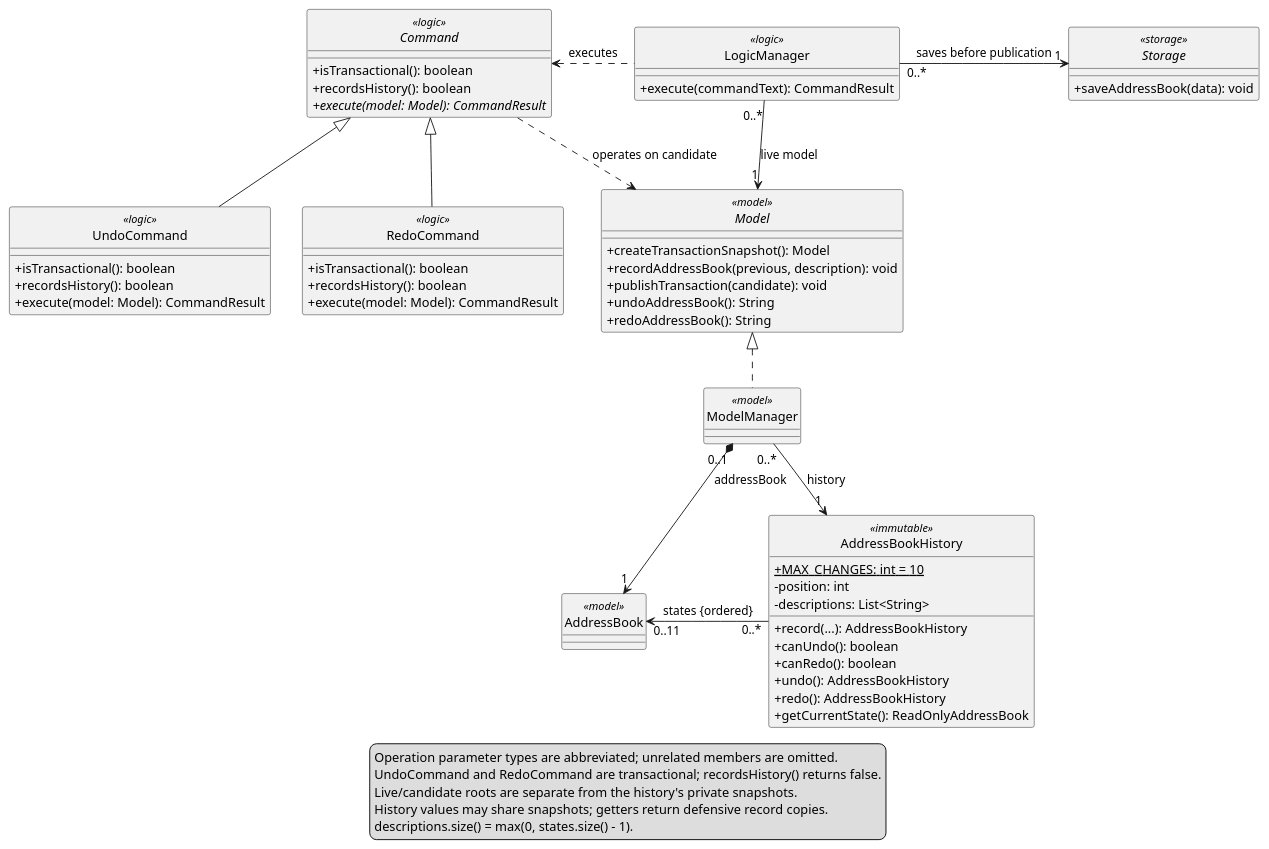
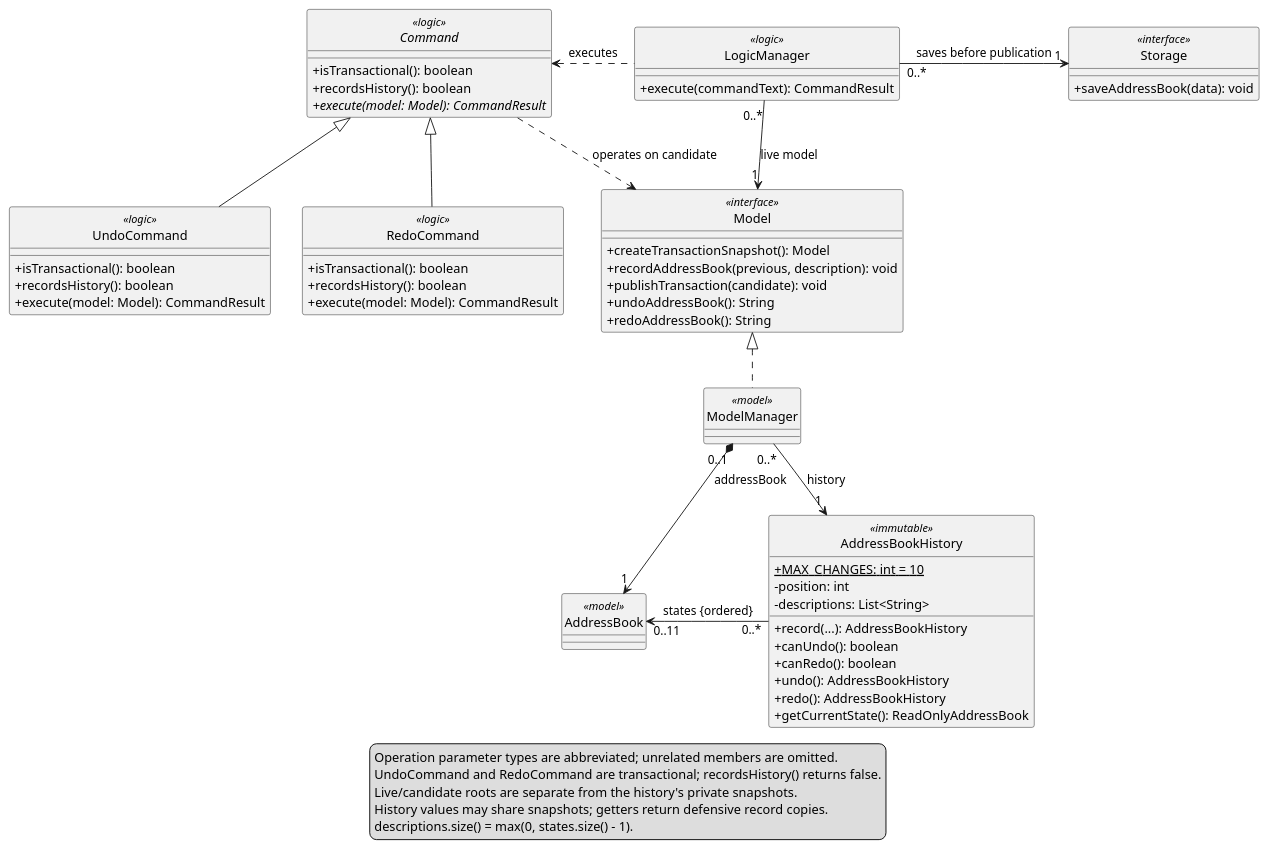
Before and after one commit to AY2627S1-CS2103T-F15-2/tp: the diagram in docs/diagrams/UndoRedoClassDiagram.puml, drawn with PlantUML. The commit also changed 1 other file, not shown here.

Commit message:
Mark interfaces in UI and undo class diagrams
The shared style hides PlantUML's circle icon, so these interfaces
rendered as italic names. In the course notation that reads as an
abstract class. The undo diagram also labelled them with the ad-hoc
storage and model stereotypes.

Show the interface keyword explicitly, as the model and storage
diagrams already do.

```diff
--- a/docs/diagrams/UndoRedoClassDiagram.puml
+++ b/docs/diagrams/UndoRedoClassDiagram.puml
@@ -1,67 +1,67 @@
 @startuml
 skinparam shadowing false
 skinparam defaultFontName Arial
 skinparam classAttributeIconSize 0
 hide circle
 
 class LogicManager <<logic>> {
   + execute(commandText): CommandResult
 }
 abstract class Command <<logic>> {
   + isTransactional(): boolean
   + recordsHistory(): boolean
   {abstract} + execute(model: Model): CommandResult
 }
 class UndoCommand <<logic>> {
   + isTransactional(): boolean
   + recordsHistory(): boolean
   + execute(model: Model): CommandResult
 }
 class RedoCommand <<logic>> {
   + isTransactional(): boolean
   + recordsHistory(): boolean
   + execute(model: Model): CommandResult
 }
-interface Storage <<storage>> {
+class Storage <<interface>> {
   + saveAddressBook(data): void
 }
-interface Model <<model>> {
+class Model <<interface>> {
   + createTransactionSnapshot(): Model
   + recordAddressBook(previous, description): void
   + publishTransaction(candidate): void
   + undoAddressBook(): String
   + redoAddressBook(): String
 }
 class ModelManager <<model>>
 class AddressBook <<model>>
 class AddressBookHistory <<immutable>> {
   {static} + MAX_CHANGES: int = 10
   - position: int
   - descriptions: List<String>
   + record(...): AddressBookHistory
   + canUndo(): boolean
   + canRedo(): boolean
   + undo(): AddressBookHistory
   + redo(): AddressBookHistory
   + getCurrentState(): ReadOnlyAddressBook
 }
 
 UndoCommand -up-|> Command
 RedoCommand -up-|> Command
 LogicManager .left.> Command : executes
 LogicManager "0..*" -down-> "1" Model : live model
 LogicManager "0..*" -right-> "1" Storage : saves before publication
 Command ..> Model : operates on candidate
 ModelManager .up.|> Model
 ModelManager "0..1" *-down-> "1" AddressBook : addressBook
 ModelManager "0..*" -right-> "1" AddressBookHistory : history
 AddressBookHistory "0..*" -left-> "0..11" AddressBook : states {ordered}
 
 legend bottom
   Operation parameter types are abbreviated; unrelated members are omitted.
   UndoCommand and RedoCommand are transactional; recordsHistory() returns false.
   Live/candidate roots are separate from the history's private snapshots.
   History values may share snapshots; getters return defensive record copies.
   descriptions.size() = max(0, states.size() - 1).
 endlegend
 @enduml
```
